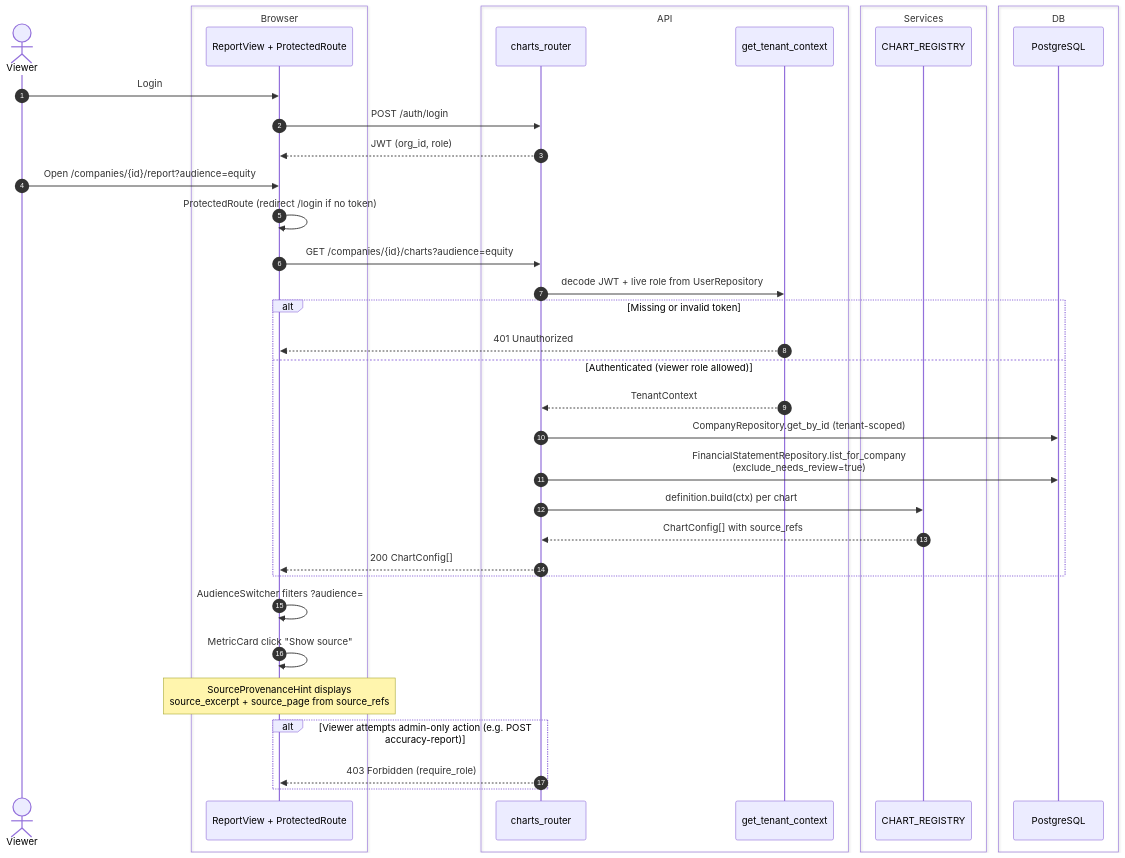
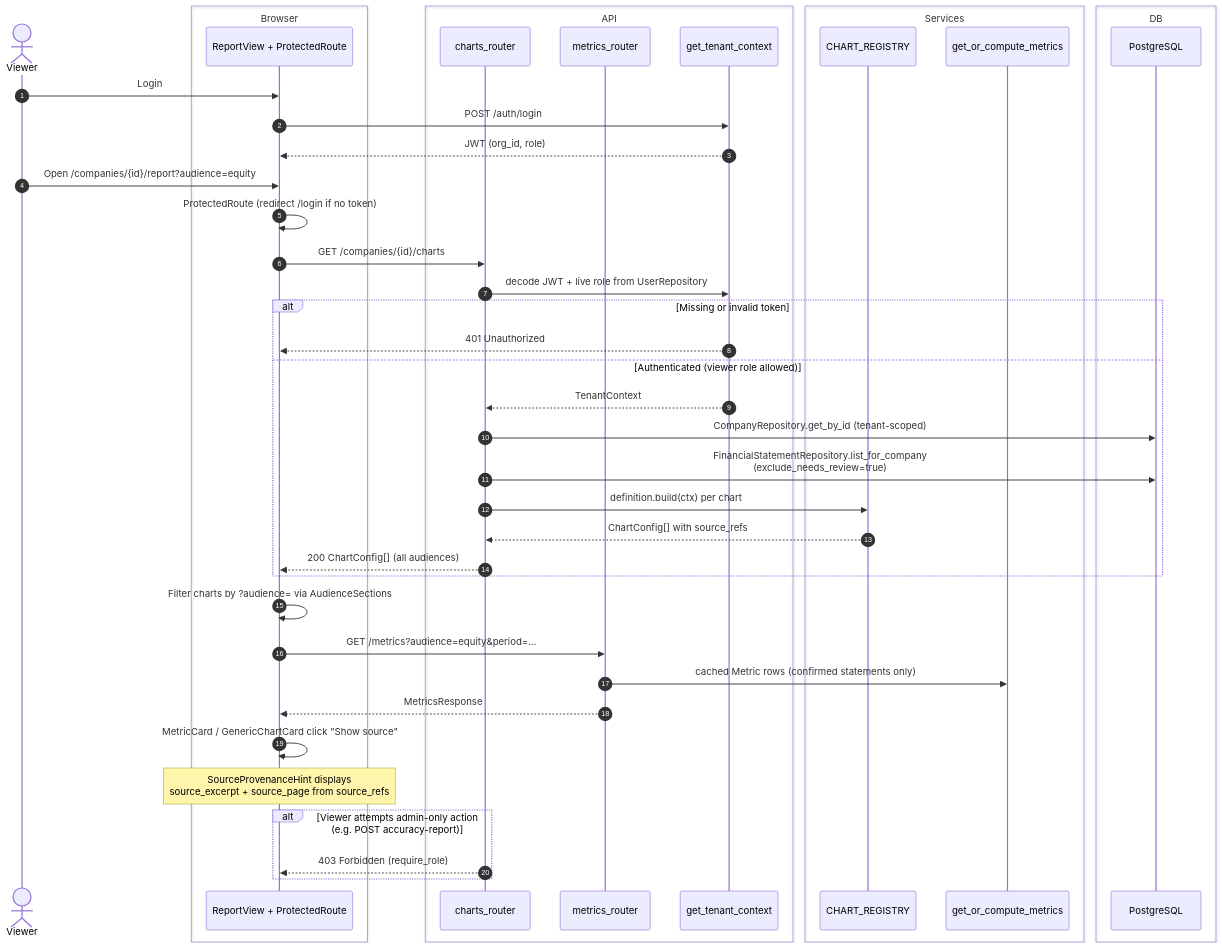
The fourth of 6 diagrams in README.md (Wuxioawu/assiduous-board-report), drawn with Mermaid before and after one commit. The commit also changed other lines of this file and 15 other files, not shown here.

````diff
--- a/README.md
+++ b/README.md
@@ -251,46 +255,52 @@
 ```mermaid
 sequenceDiagram
     autonumber
     actor Viewer
     box Browser
         participant Browser as ReportView + ProtectedRoute
     end
     box API
-        participant API as charts_router
+        participant ChartsAPI as charts_router
+        participant MetricsAPI as metrics_router
         participant Auth as get_tenant_context
     end
     box Services
         participant ChartRegistry as CHART_REGISTRY
+        participant MetricsOrch as get_or_compute_metrics
     end
     box DB
         participant DB as PostgreSQL
     end
 
     Viewer->>Browser: Login
-    Browser->>API: POST /auth/login
-    API-->>Browser: JWT (org_id, role)
+    Browser->>Auth: POST /auth/login
+    Auth-->>Browser: JWT (org_id, role)
     Viewer->>Browser: Open /companies/{id}/report?audience=equity
     Browser->>Browser: ProtectedRoute (redirect /login if no token)
 
-    Browser->>API: GET /companies/{id}/charts?audience=equity
-    API->>Auth: decode JWT + live role from UserRepository
+    Browser->>ChartsAPI: GET /companies/{id}/charts
+    ChartsAPI->>Auth: decode JWT + live role from UserRepository
 
     alt Missing or invalid token
         Auth-->>Browser: 401 Unauthorized
     else Authenticated (viewer role allowed)
-        Auth-->>API: TenantContext
-        API->>DB: CompanyRepository.get_by_id (tenant-scoped)
-        API->>DB: FinancialStatementRepository.list_for_company<br/>(exclude_needs_review=true)
-        API->>ChartRegistry: definition.build(ctx) per chart
-        ChartRegistry-->>API: ChartConfig[] with source_refs
-        API-->>Browser: 200 ChartConfig[]
+        Auth-->>ChartsAPI: TenantContext
+        ChartsAPI->>DB: CompanyRepository.get_by_id (tenant-scoped)
+        ChartsAPI->>DB: FinancialStatementRepository.list_for_company<br/>(exclude_needs_review=true)
+        ChartsAPI->>ChartRegistry: definition.build(ctx) per chart
+        ChartRegistry-->>ChartsAPI: ChartConfig[] with source_refs
+        ChartsAPI-->>Browser: 200 ChartConfig[] (all audiences)
     end
 
-    Browser->>Browser: AudienceSwitcher filters ?audience=
-    Browser->>Browser: MetricCard click "Show source"
+    Browser->>Browser: Filter charts by ?audience= via AudienceSections
+    Browser->>MetricsAPI: GET /metrics?audience=equity&period=…
+    MetricsAPI->>MetricsOrch: cached Metric rows (confirmed statements only)
+    MetricsAPI-->>Browser: MetricsResponse
+
+    Browser->>Browser: MetricCard / GenericChartCard click "Show source"
     Note over Browser: SourceProvenanceHint displays<br/>source_excerpt + source_page from source_refs
 
     alt Viewer attempts admin-only action (e.g. POST accuracy-report)
-        API-->>Browser: 403 Forbidden (require_role)
+        ChartsAPI-->>Browser: 403 Forbidden (require_role)
     end
 ```
````
